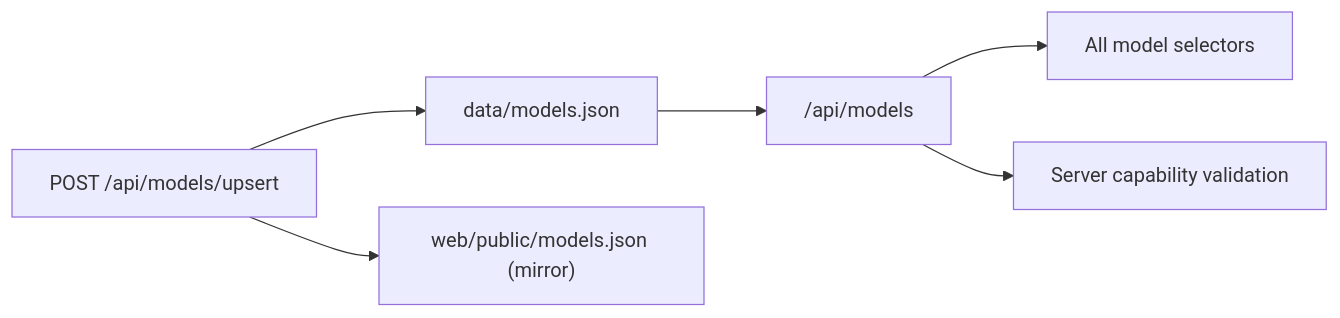
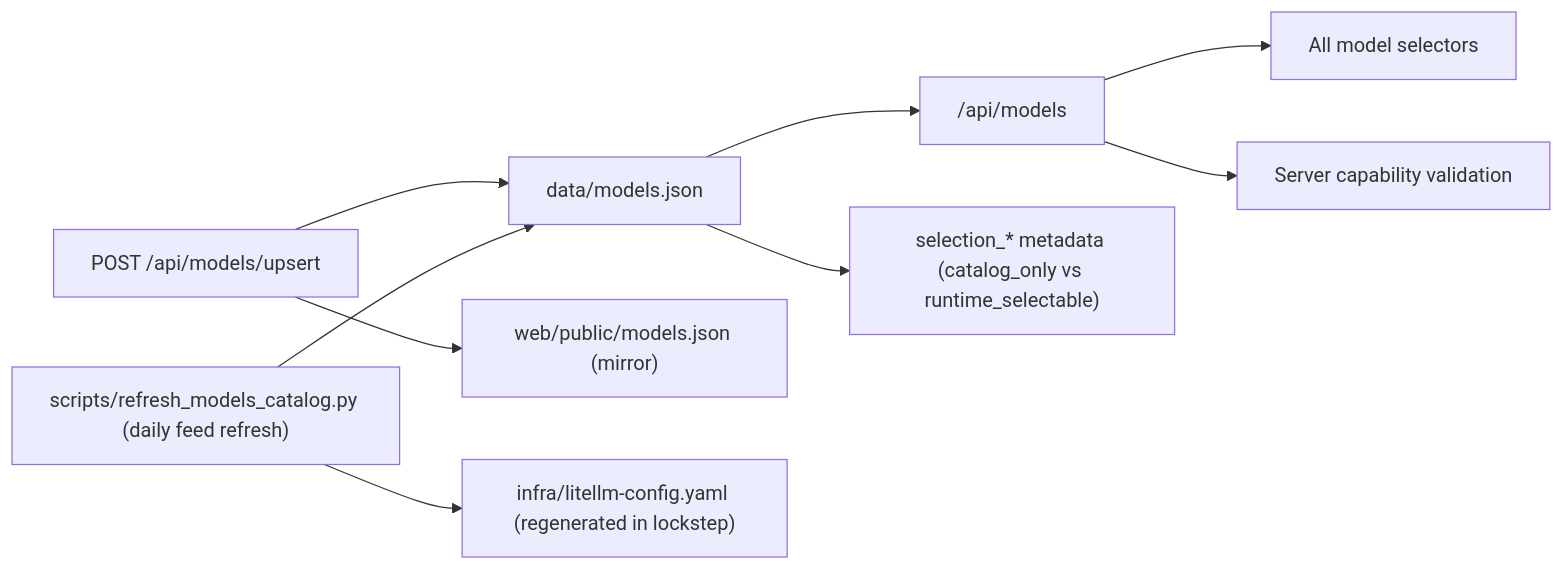
Before and after one commit to DMontgomery40/ragweld: the diagram in mkdocs/docs/models.md, drawn with Mermaid. The commit also changed other lines of this file, not shown here.

````diff
--- a/mkdocs/docs/models.md
+++ b/mkdocs/docs/models.md
@@ -116,8 +138,11 @@
 ```mermaid
 flowchart LR
     Catalog["data/models.json"] --> API["/api/models"]
     API --> UI["All model selectors"]
     API --> Validate["Server capability validation"]
     Upsert["POST /api/models/upsert"] --> Catalog
     Upsert --> Mirror["web/public/models.json (mirror)"]
+    Refresh["scripts/refresh_models_catalog.py (daily feed refresh)"] --> Catalog
+    Refresh --> AliasCfg["infra/litellm-config.yaml (regenerated in lockstep)"]
+    Catalog --> Sel["selection_* metadata (catalog_only vs runtime_selectable)"]
 ```
````
